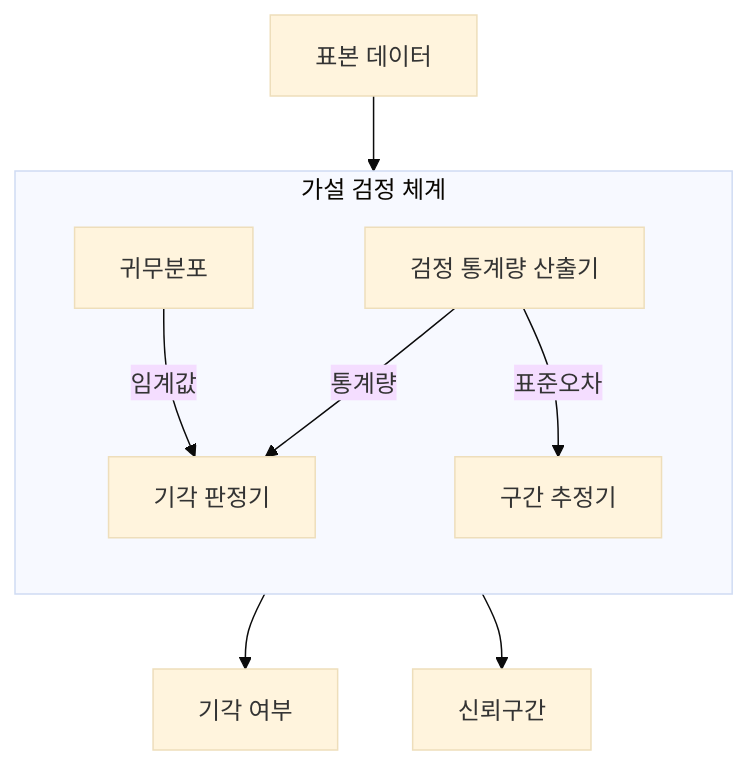
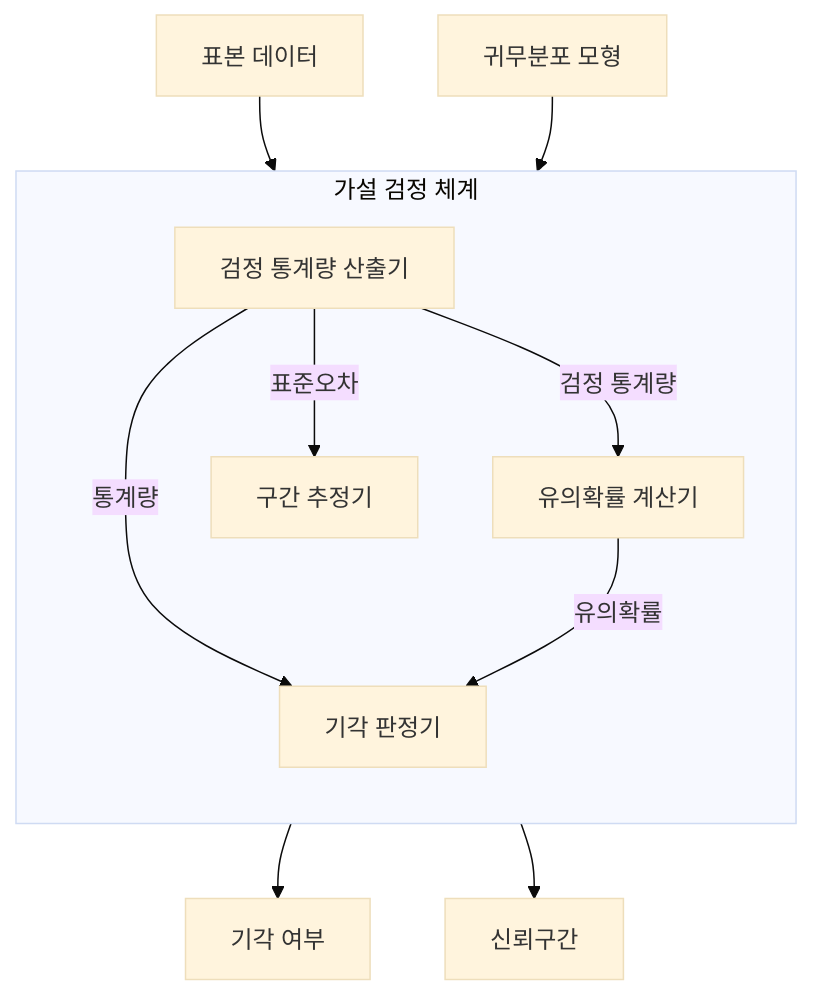
One commit to agnusdei1207/knowledge-base changed the second of 3 diagrams in src/content/docs/notes/01-basic-theory/033_hypothesis_testing.md. Above: the diagram before and after it, drawn with Mermaid (base theme). The commit also changed other lines of this file and 10 other files, not shown here.

````diff
--- a/src/content/docs/notes/01-basic-theory/033_hypothesis_testing.md
+++ b/src/content/docs/notes/01-basic-theory/033_hypothesis_testing.md
@@ -79,12 +82,14 @@
 ```mermaid
 flowchart TB
     subgraph T["가설 검정 체계"]
         direction TB
         TS["검정 통계량 산출기"] -->|통계량| J["기각 판정기"]
-        N["귀무분포"] -->|임계값| J
+        P["유의확률 계산기"] -->|유의확률| J
         TS -->|표준오차| CI["구간 추정기"]
     end
     D["표본 데이터"] --> TS
+    TS -->|검정 통계량| P
+    N["귀무분포 모형"] --> P
     J --> R1["기각 여부"]
     CI --> R2["신뢰구간"]
 ```
````
